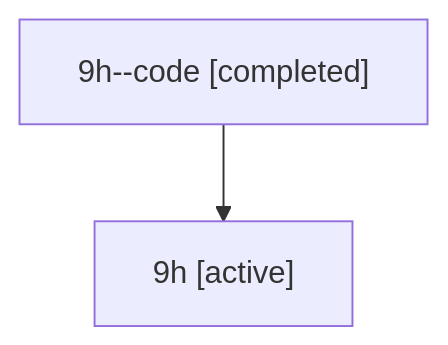
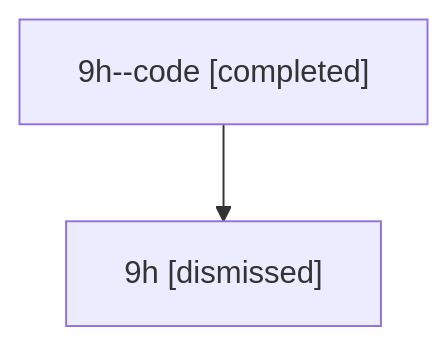
One commit to sase-org/sase--agents changed the diagram in sessions/bbugyi200.athena.9h.md. Above: the diagram before and after it, drawn with Mermaid. The commit also changed other lines of this file and 40 other files, not shown here.

````diff
--- a/sessions/bbugyi200.athena.9h.md
+++ b/sessions/bbugyi200.athena.9h.md
@@ -9,6 +9,6 @@
 ```mermaid
 flowchart TD
   n0["9h--code [completed]"]
-  n1["9h [active]"]
+  n1["9h [dismissed]"]
   n0 --> n1
 ```
````
